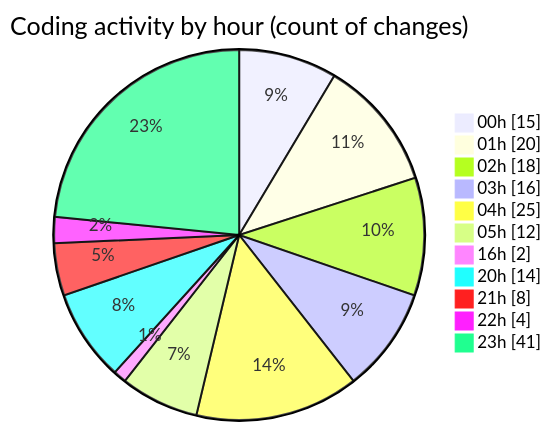
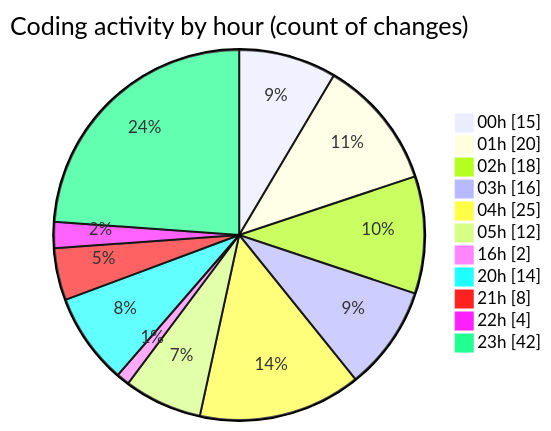
The second of 2 diagrams in 2025-08-04/studybuddy/README.md (lephambinh05/code-tracking), drawn with Mermaid before and after one commit. The commit also changed other lines of this file and 1 other file, not shown here.

````diff
--- a/2025-08-04/studybuddy/README.md
+++ b/2025-08-04/studybuddy/README.md
@@ -66,15 +66,15 @@
 ```mermaid
 pie showData
 title Coding activity by hour (count of changes)
 "00h" : 15
 "01h" : 20
 "02h" : 18
 "03h" : 16
 "04h" : 25
 "05h" : 12
 "16h" : 2
 "20h" : 14
 "21h" : 8
 "22h" : 4
-"23h" : 41
+"23h" : 42
 ```
````
